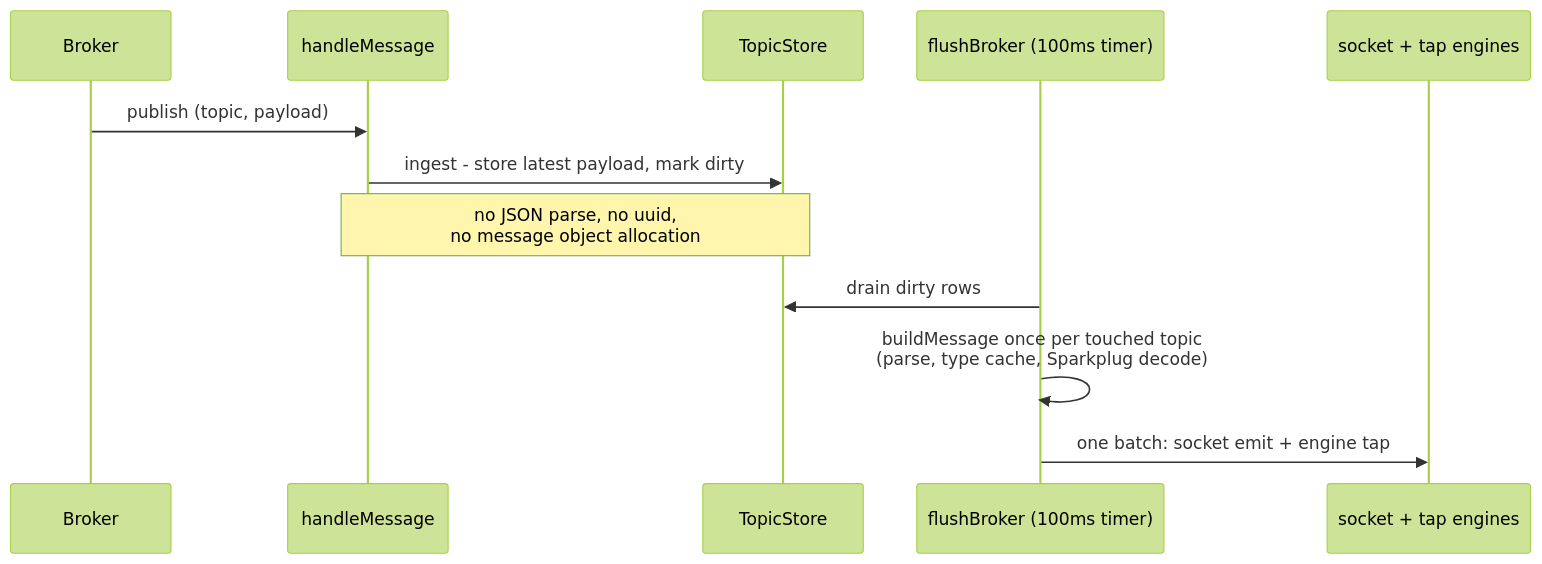
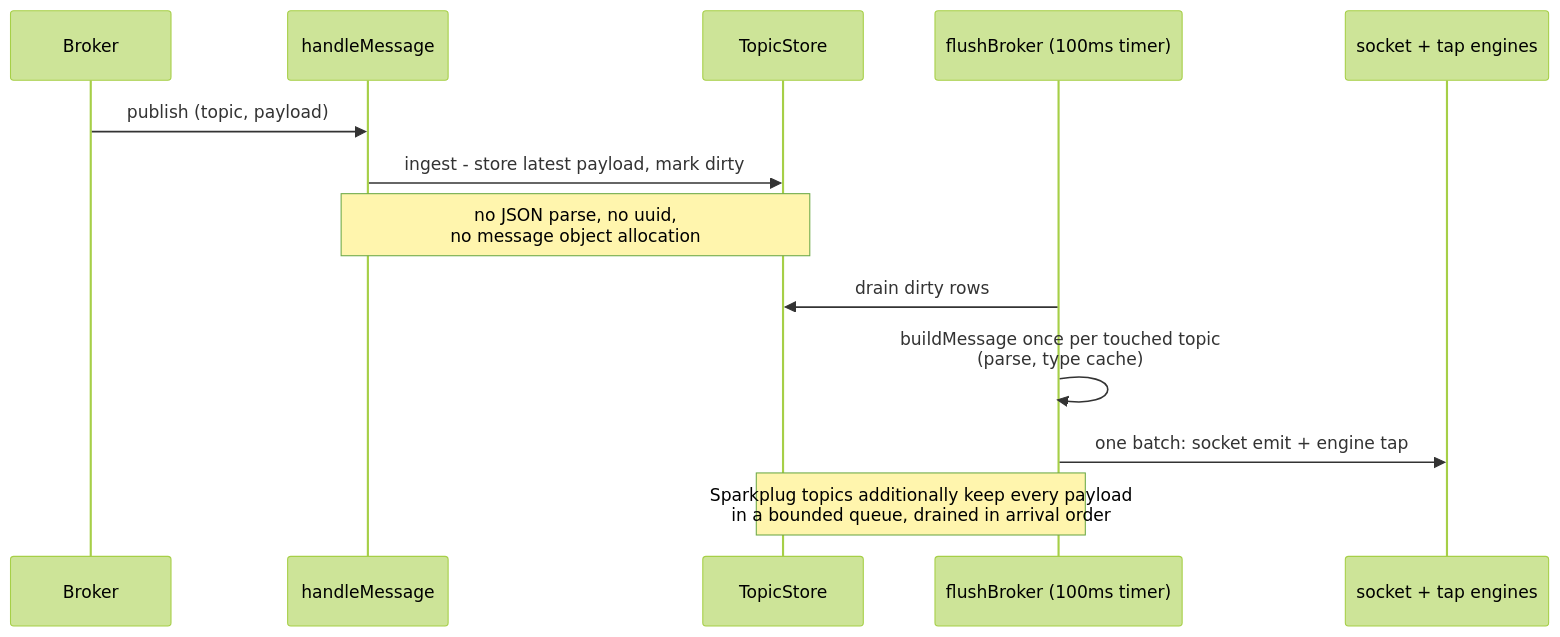
Before and after one commit to zbest1000/manifold: the second of 9 diagrams in ARCHITECTURE.md, drawn with Mermaid (forest theme). The commit also changed other lines of this file and 21 other files, not shown here.

````diff
--- a/ARCHITECTURE.md
+++ b/ARCHITECTURE.md
@@ -78,15 +101,16 @@
 ```mermaid
 sequenceDiagram
     participant Broker
     participant handleMessage
     participant TopicStore
     participant Flush as flushBroker (100ms timer)
     participant Consumers as socket + tap engines
 
     Broker->>handleMessage: publish (topic, payload)
     handleMessage->>TopicStore: ingest - store latest payload, mark dirty
     Note over handleMessage,TopicStore: no JSON parse, no uuid,<br/>no message object allocation
     Flush->>TopicStore: drain dirty rows
-    Flush->>Flush: buildMessage once per touched topic<br/>(parse, type cache, Sparkplug decode)
+    Flush->>Flush: buildMessage once per touched topic<br/>(parse, type cache)
     Flush->>Consumers: one batch: socket emit + engine tap
+    Note over TopicStore,Flush: Sparkplug topics additionally keep every payload<br/>in a bounded queue, drained in arrival order
 ```
````
